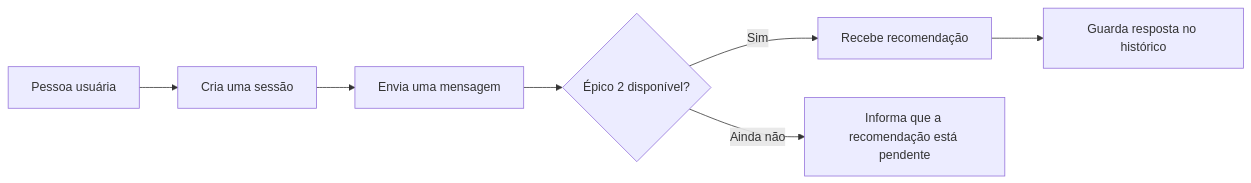
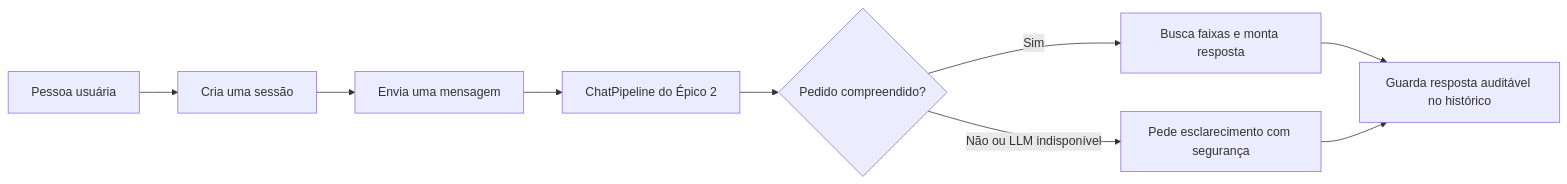
Before and after one commit to Lucas-AV/Grupo-8-ResIA: the diagram in agente_conversacional/docs/KAN-8_BACKEND_API.md, drawn with Mermaid. The commit also changed other lines of this file and 4 other files, not shown here.

Commit message:
fix(chat): integra KAN-8 ao pipeline do Epico 2

````diff
--- a/agente_conversacional/docs/KAN-8_BACKEND_API.md
+++ b/agente_conversacional/docs/KAN-8_BACKEND_API.md
@@ -18,9 +18,11 @@
 ```mermaid
 flowchart LR
     A[Pessoa usuária] --> B[Cria uma sessão]
     B --> C[Envia uma mensagem]
-    C --> D{Épico 2 disponível?}
-    D -->|Sim| E[Recebe recomendação]
-    E --> F[Guarda resposta no histórico]
-    D -->|Ainda não| G[Informa que a recomendação está pendente]
+    C --> D[ChatPipeline do Épico 2]
+    D --> E{Pedido compreendido?}
+    E -->|Sim| F[Busca faixas e monta resposta]
+    E -->|Não ou LLM indisponível| G[Pede esclarecimento com segurança]
+    F --> H[Guarda resposta auditável no histórico]
+    G --> H
 ```
````
